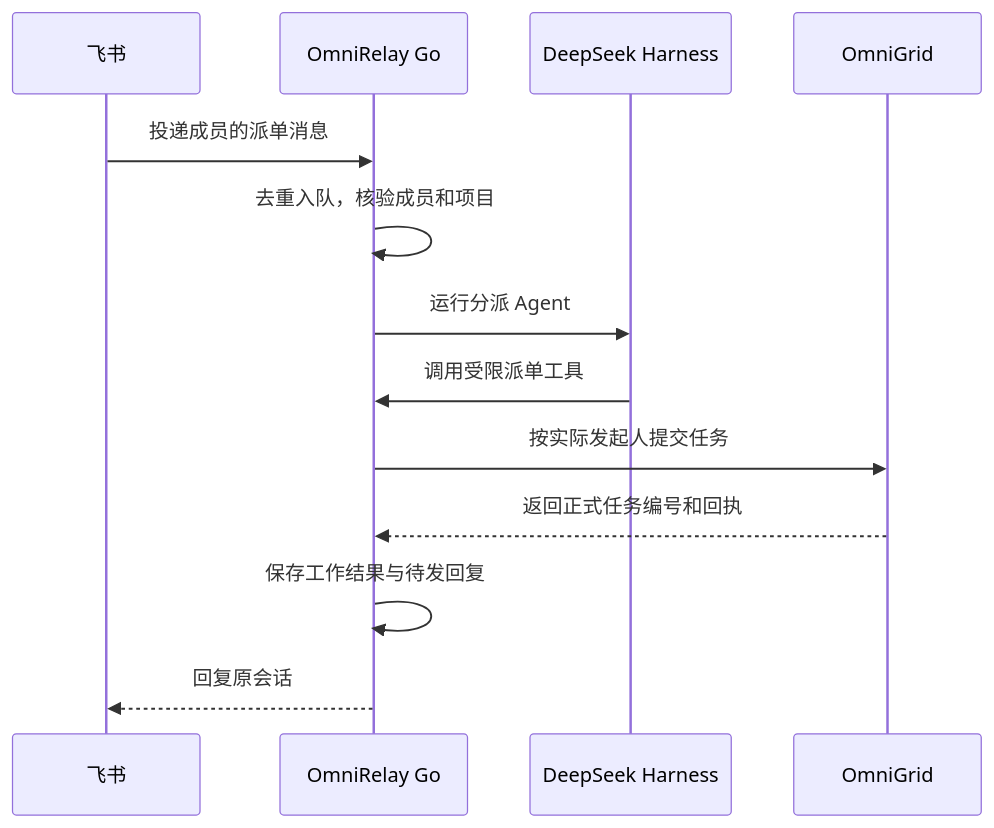
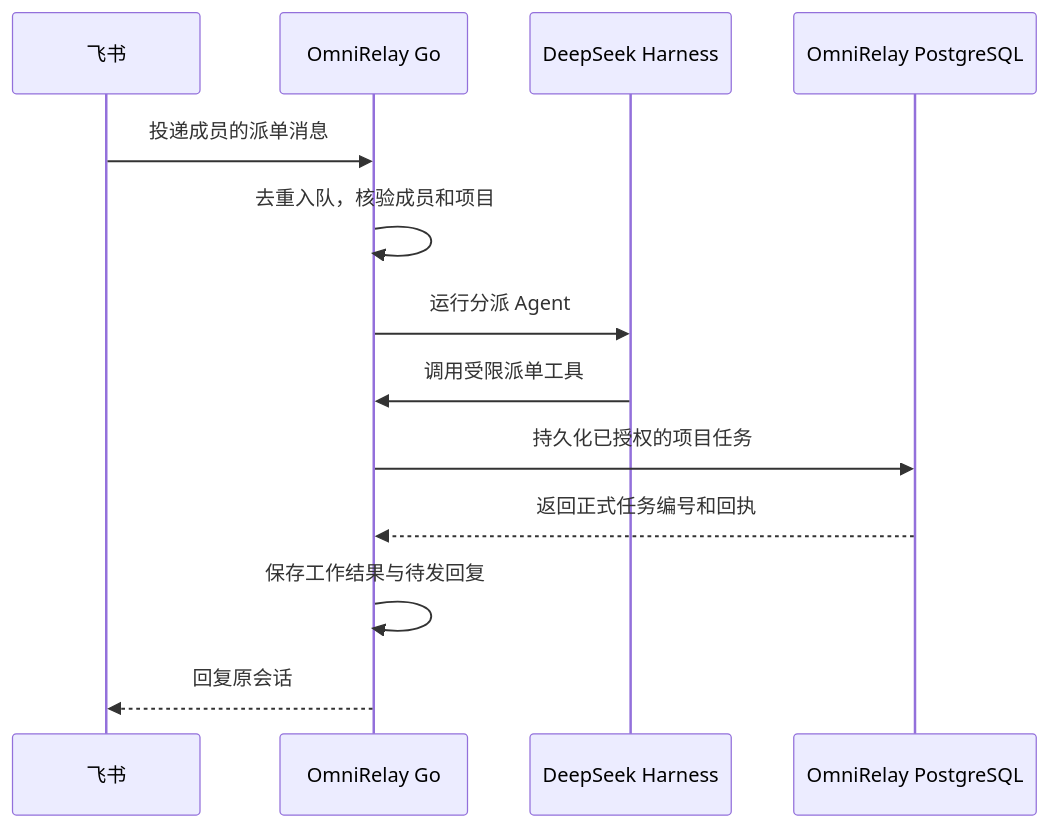
One commit to uniquechao/OmniRelay changed the second of 2 diagrams in README.md. Above: the diagram before and after it, drawn with Mermaid. The commit also changed other lines of this file and 15 other files, not shown here.

````diff
--- a/README.md
+++ b/README.md
@@ -78,16 +78,16 @@
 ```mermaid
 sequenceDiagram
     participant F as 飞书
     participant G as OmniRelay Go
     participant D as DeepSeek Harness
-    participant B as OmniGrid
+    participant B as OmniRelay PostgreSQL
 
     F->>G: 投递成员的派单消息
     G->>G: 去重入队，核验成员和项目
     G->>D: 运行分派 Agent
     D->>G: 调用受限派单工具
-    G->>B: 按实际发起人提交任务
+    G->>B: 持久化已授权的项目任务
     B-->>G: 返回正式任务编号和回执
     G->>G: 保存工作结果与待发回复
     G-->>F: 回复原会话
 ```
````
